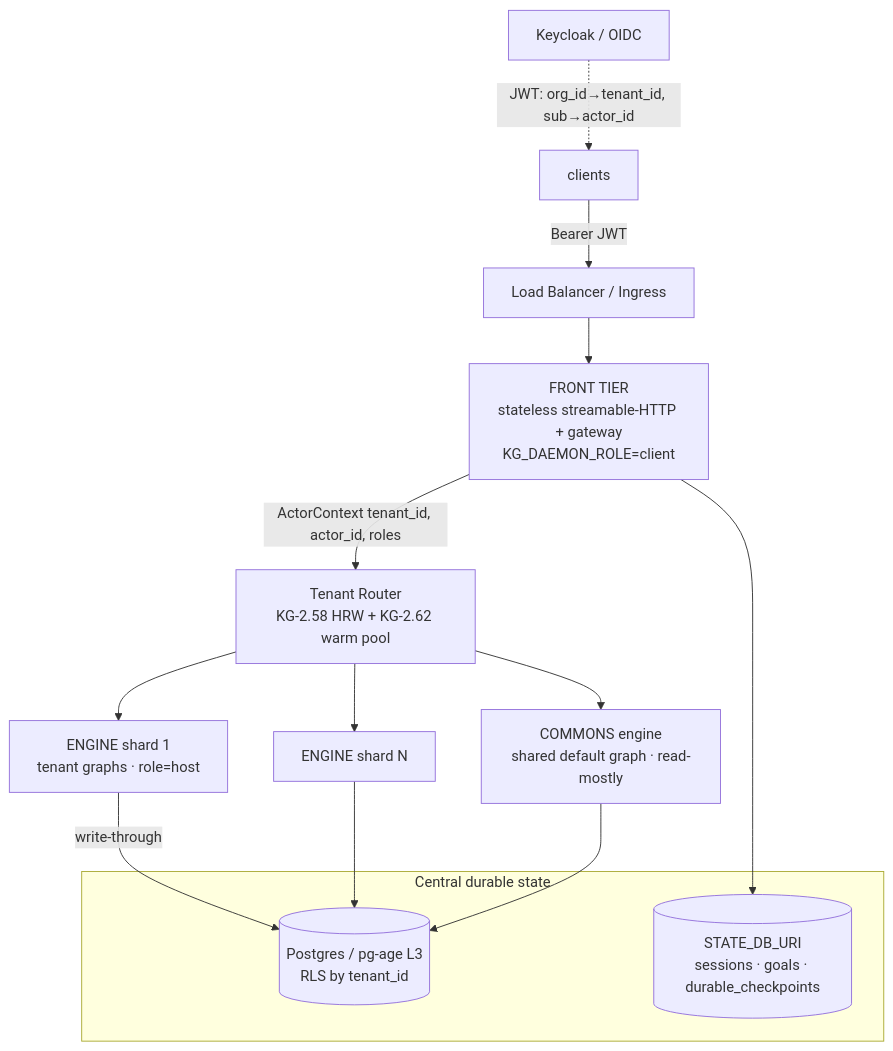
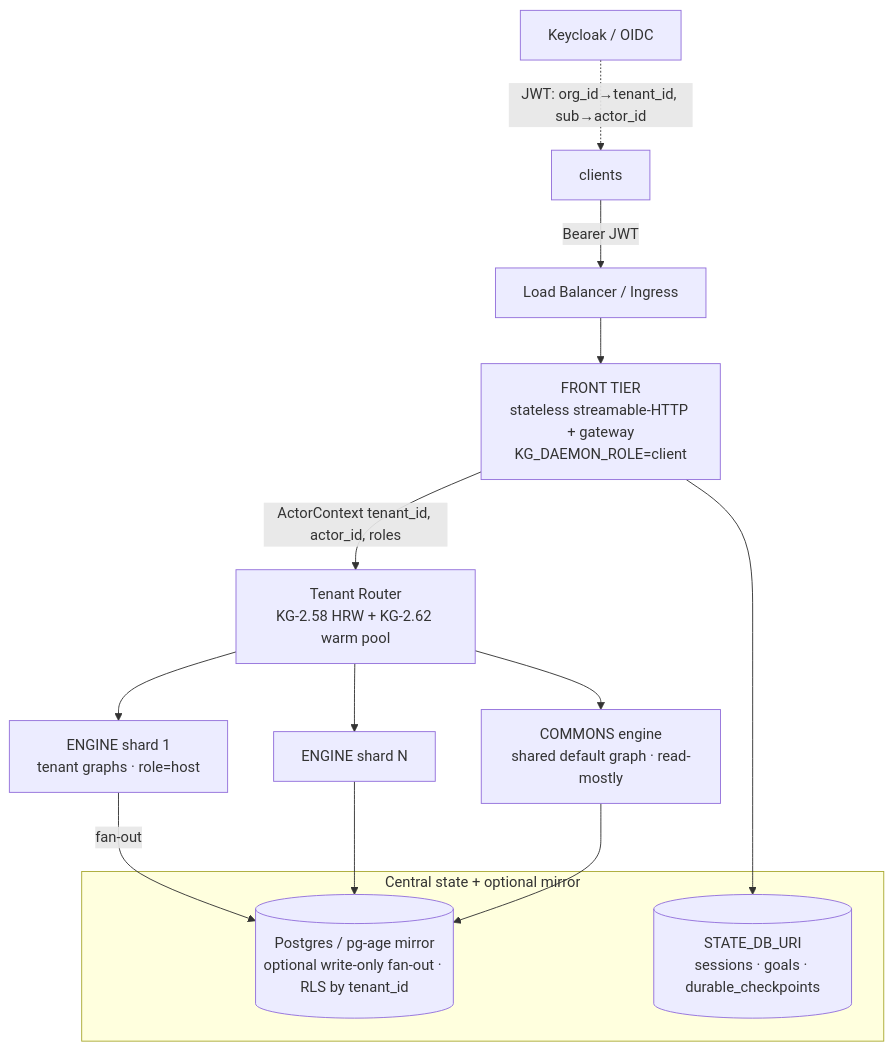
The first of 3 diagrams in docs/architecture/multi_tenant_streamable_http.md (Knuckles-Team/agent-utilities), drawn with Mermaid before and after one commit. The commit also changed other lines of this file and 29 other files, not shown here.

````diff
--- a/docs/architecture/multi_tenant_streamable_http.md
+++ b/docs/architecture/multi_tenant_streamable_http.md
@@ -23,18 +23,18 @@
 ```mermaid
 flowchart TD
     KC[Keycloak / OIDC] -.->|JWT: org_id→tenant_id, sub→actor_id| C[clients]
     C -->|Bearer JWT| LB[Load Balancer / Ingress]
     LB --> F["FRONT TIER<br/>stateless streamable-HTTP + gateway<br/>KG_DAEMON_ROLE=client"]
     F -->|ActorContext tenant_id, actor_id, roles| R["Tenant Router<br/>KG-2.58 HRW + KG-2.62 warm pool"]
     R --> E1["ENGINE shard 1<br/>tenant graphs · role=host"]
     R --> E2[ENGINE shard N]
     R --> CM["COMMONS engine<br/>shared default graph · read-mostly"]
-    E1 -->|write-through| L3
+    E1 -->|fan-out| L3
     E2 --> L3
     CM --> L3
     F --> ST
-    subgraph DURABLE [Central durable state]
-      L3[("Postgres / pg-age L3<br/>RLS by tenant_id")]
+    subgraph DURABLE [Central state + optional mirror]
+      L3[("Postgres / pg-age mirror<br/>optional write-only fan-out · RLS by tenant_id")]
       ST[("STATE_DB_URI<br/>sessions · goals · durable_checkpoints")]
     end
 ```
````
